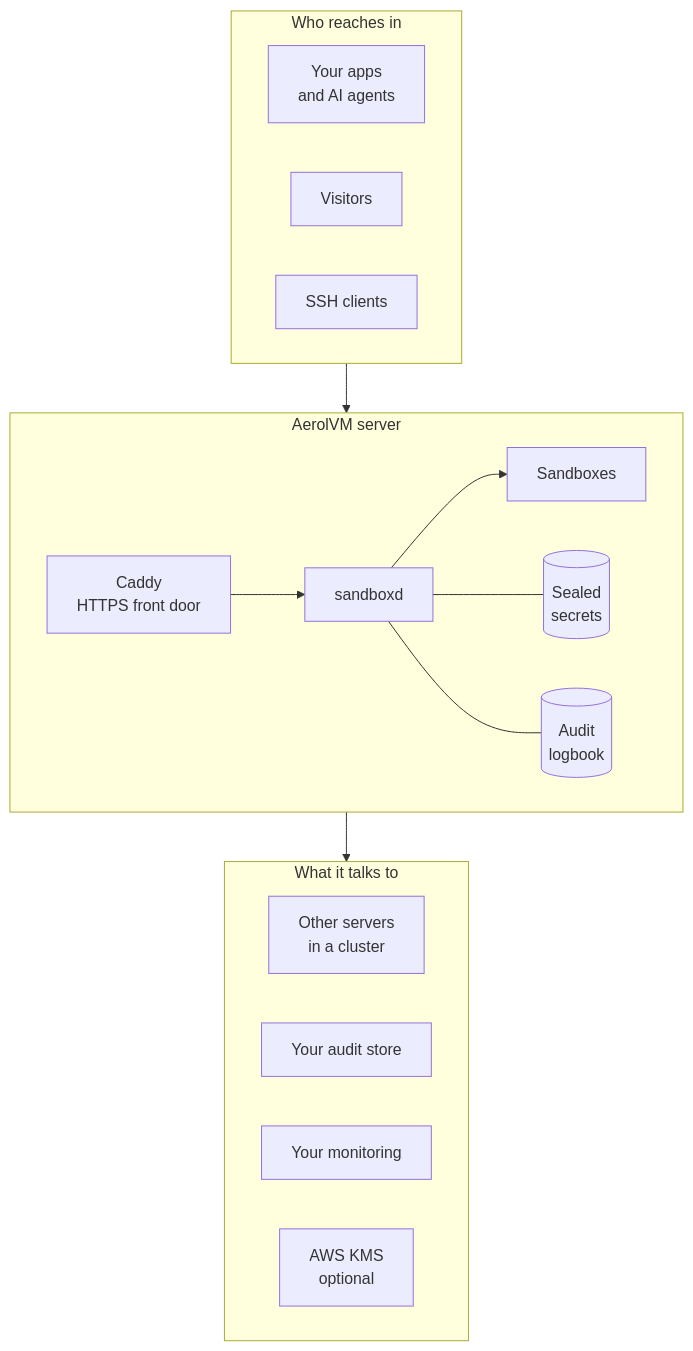
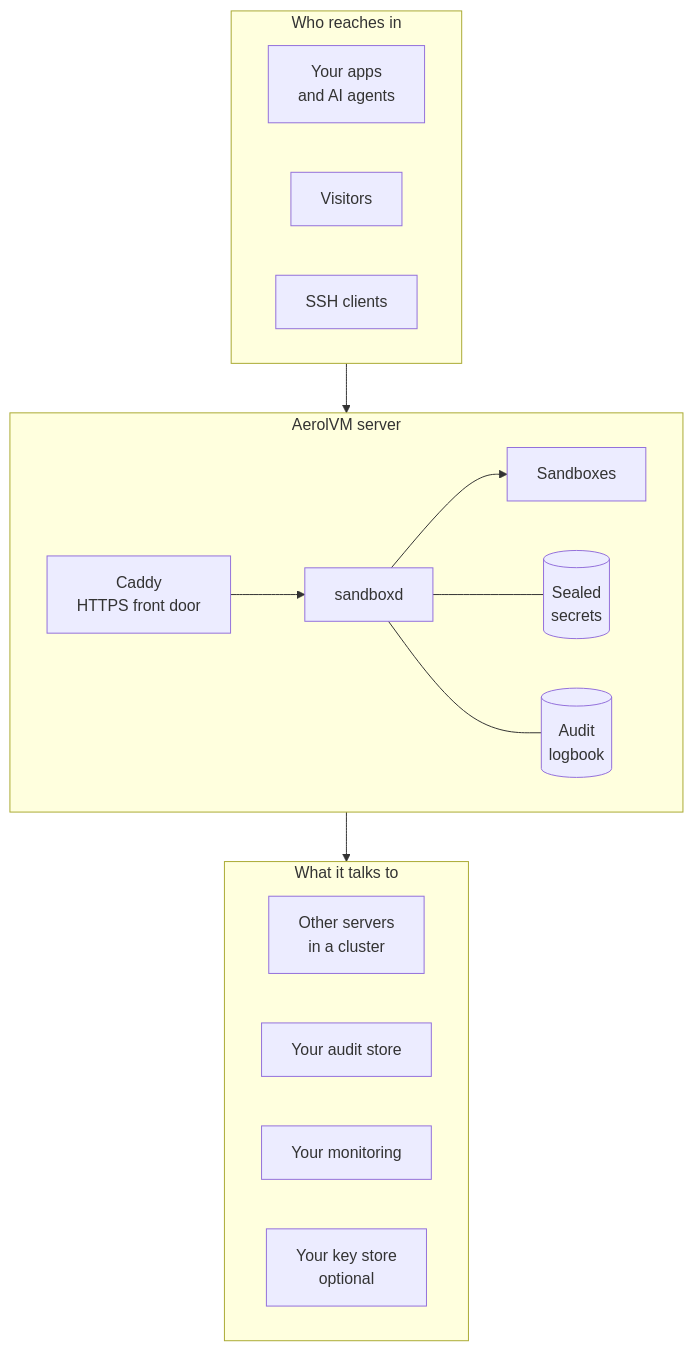
One commit to aerol-ai/microvm changed the first of 14 diagrams in docs/src/content/docs/engineering-security-overview.mdx. Above: the diagram before and after it, drawn with Mermaid. The commit also changed other lines of this file and 17 other files, not shown here.

First line of the commit message:
docs: Use your own key store

````diff
--- a/docs/src/content/docs/engineering-security-overview.mdx
+++ b/docs/src/content/docs/engineering-security-overview.mdx
@@ -38,25 +38,25 @@
 ```mermaid
 flowchart TB
     subgraph In["Who reaches in"]
         direction LR
         You["Your apps<br/>and AI agents"]
         Visitors["Visitors"]
         SSH["SSH clients"]
     end
     subgraph Server["AerolVM server"]
         direction LR
         Caddy["Caddy<br/>HTTPS front door"] --> Daemon["sandboxd"]
         Daemon --> Boxes["Sandboxes"]
         Daemon --- Safe[("Sealed<br/>secrets")]
         Daemon --- Log[("Audit<br/>logbook")]
     end
     subgraph Out["What it talks to"]
         direction LR
         Peers["Other servers<br/>in a cluster"]
         Store["Your audit store"]
         Watch["Your monitoring"]
-        KMS["AWS KMS<br/>optional"]
+        KMS["Your key store<br/>optional"]
     end
     In --> Server
     Server --> Out
 ```
````
